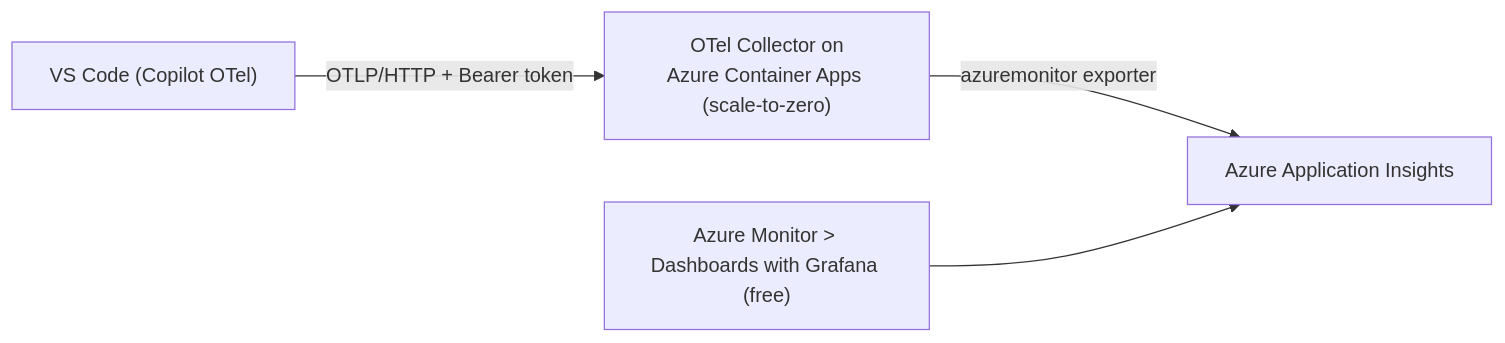
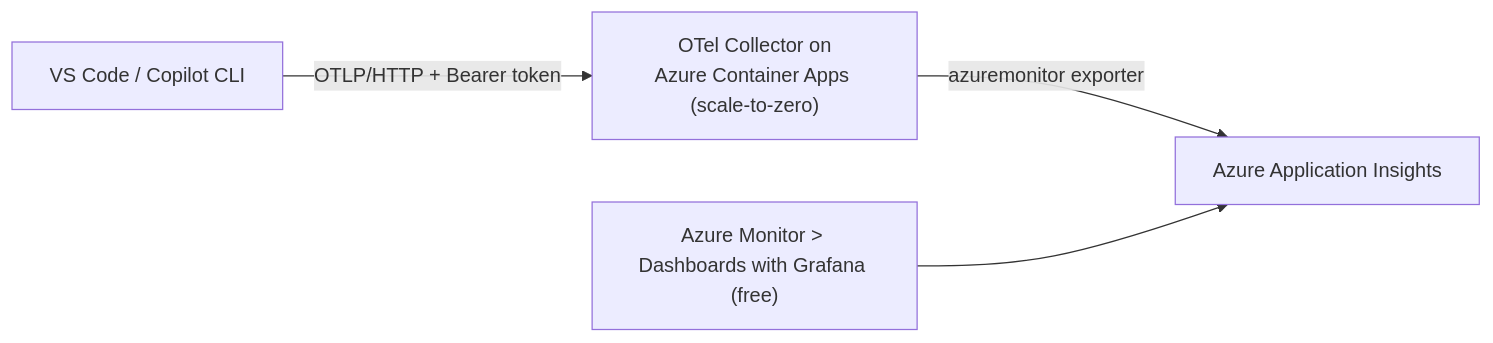
One commit to webmaxru/copilot-otel-grafana changed the second of 3 diagrams in README.md. Above: the diagram before and after it, drawn with Mermaid. The commit also changed other lines of this file and 5 other files, not shown here.

First line of the commit message:
feat: generalize to all GitHub Copilot surfaces (VS Code + CLI)

````diff
--- a/README.md
+++ b/README.md
@@ -303,6 +294,6 @@
 ```mermaid
 flowchart LR
-    VS["VS Code (Copilot OTel)"] -->|OTLP/HTTP + Bearer token| ACA["OTel Collector on<br/>Azure Container Apps (scale-to-zero)"]
+    VS["VS Code / Copilot CLI"] -->|OTLP/HTTP + Bearer token| ACA["OTel Collector on<br/>Azure Container Apps (scale-to-zero)"]
     ACA -->|azuremonitor exporter| AI["Azure Application Insights"]
     Portal["Azure Monitor > Dashboards with Grafana (free)"] --> AI
 ```
````
